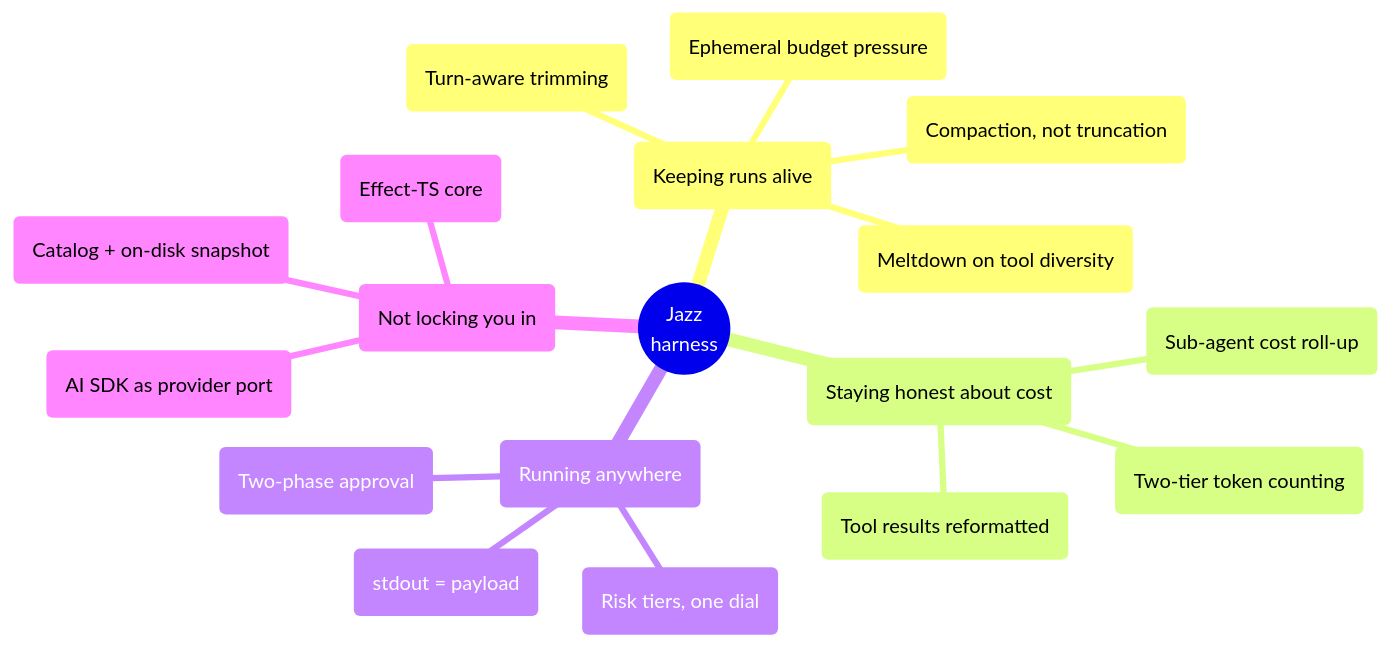
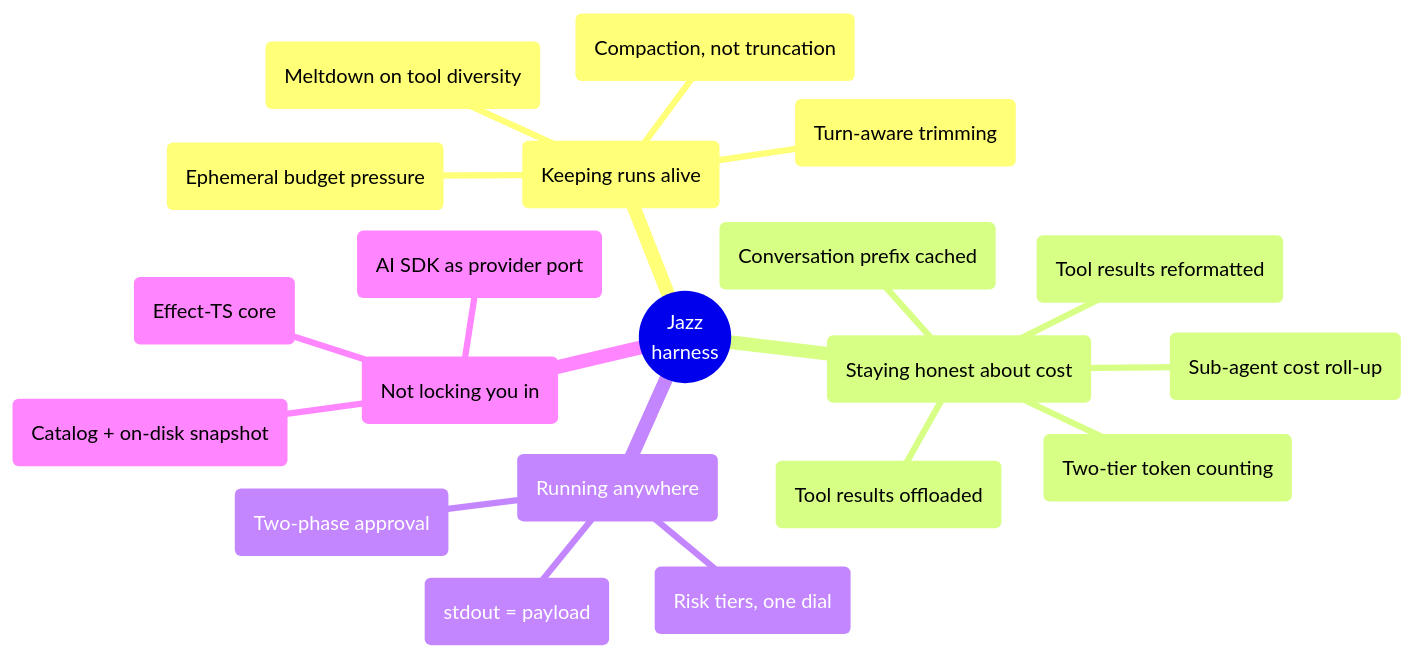
The diagram in docs/internals/design-decisions.md (lvndry/jazz), drawn with Mermaid before and after one commit. The commit also changed other lines of this file and 18 other files, not shown here.

First line of the commit message:
feat(context): offload old tool results and cache the conversation prefix (#492)

````diff
--- a/docs/internals/design-decisions.md
+++ b/docs/internals/design-decisions.md
@@ -18,21 +18,23 @@
 ```mermaid
 mindmap
   root(("Jazz<br/>harness"))
     ("Keeping runs alive")
       ("Ephemeral budget pressure")
       ("Meltdown on tool diversity")
       ("Compaction, not truncation")
       ("Turn-aware trimming")
     ("Staying honest about cost")
       ("Two-tier token counting")
       ("Tool results reformatted")
+      ("Tool results offloaded")
+      ("Conversation prefix cached")
       ("Sub-agent cost roll-up")
     ("Running anywhere")
       ("stdout = payload")
       ("Risk tiers, one dial")
       ("Two-phase approval")
     ("Not locking you in")
       ("AI SDK as provider port")
       ("Catalog + on-disk snapshot")
       ("Effect-TS core")
 ```
````
